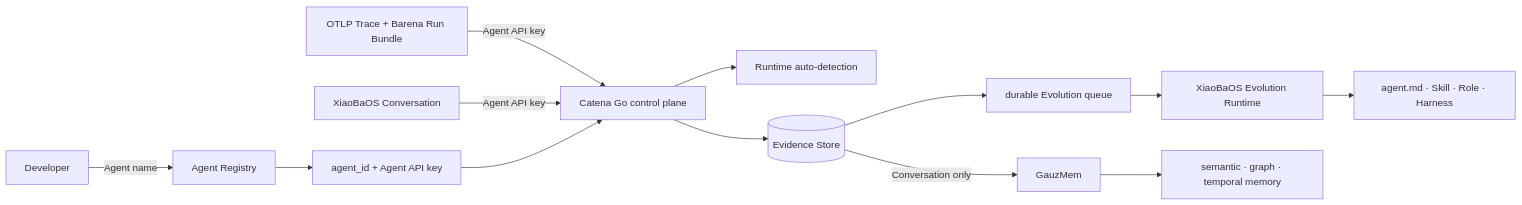
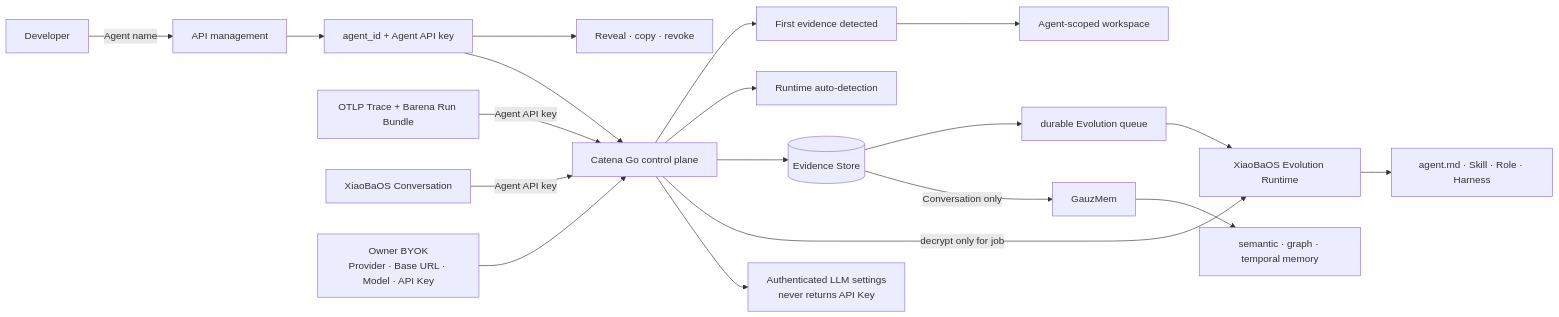
Before and after one commit to fightheyyy/CATENA: the second of 2 diagrams in SPEC.md, drawn with Mermaid. The commit also changed other lines of this file and 34 other files, not shown here.

Commit message:
Make API management owner-configured

````diff
--- a/SPEC.md
+++ b/SPEC.md
@@ -49,15 +55,21 @@
 ```mermaid
 flowchart LR
-    Developer["Developer"] -->|"Agent name"| Registry["Agent Registry"]
-    Registry --> Binding["agent_id + Agent API key"]
+    Developer["Developer"] -->|"Agent name"| Keys["API management"]
+    Keys --> Binding["agent_id + Agent API key"]
+    Binding --> Manage["Reveal · copy · revoke"]
     Trace["OTLP Trace + Barena Run Bundle"] -->|"Agent API key"| Core["Catena Go control plane"]
     Conversation["XiaoBaOS Conversation"] -->|"Agent API key"| Core
     Binding --> Core
+    Core --> Status["First evidence detected"]
+    Status --> Workspace["Agent-scoped workspace"]
     Core --> Detect["Runtime auto-detection"]
     Core --> Evidence[("Evidence Store")]
     Evidence --> Queue["durable Evolution queue"]
+    Owner["Owner BYOK<br/>Provider · Base URL · Model · API Key"] --> Core
+    Core -->|"decrypt only for job"| Runtime
     Queue --> Runtime["XiaoBaOS Evolution Runtime"]
     Runtime --> Assets["agent.md · Skill · Role · Harness"]
+    Core --> ModelStatus["Authenticated LLM settings<br/>never returns API Key"]
     Evidence -->|"Conversation only"| GauzMem["GauzMem"]
     GauzMem --> Memory["semantic · graph · temporal memory"]
 ```
````
